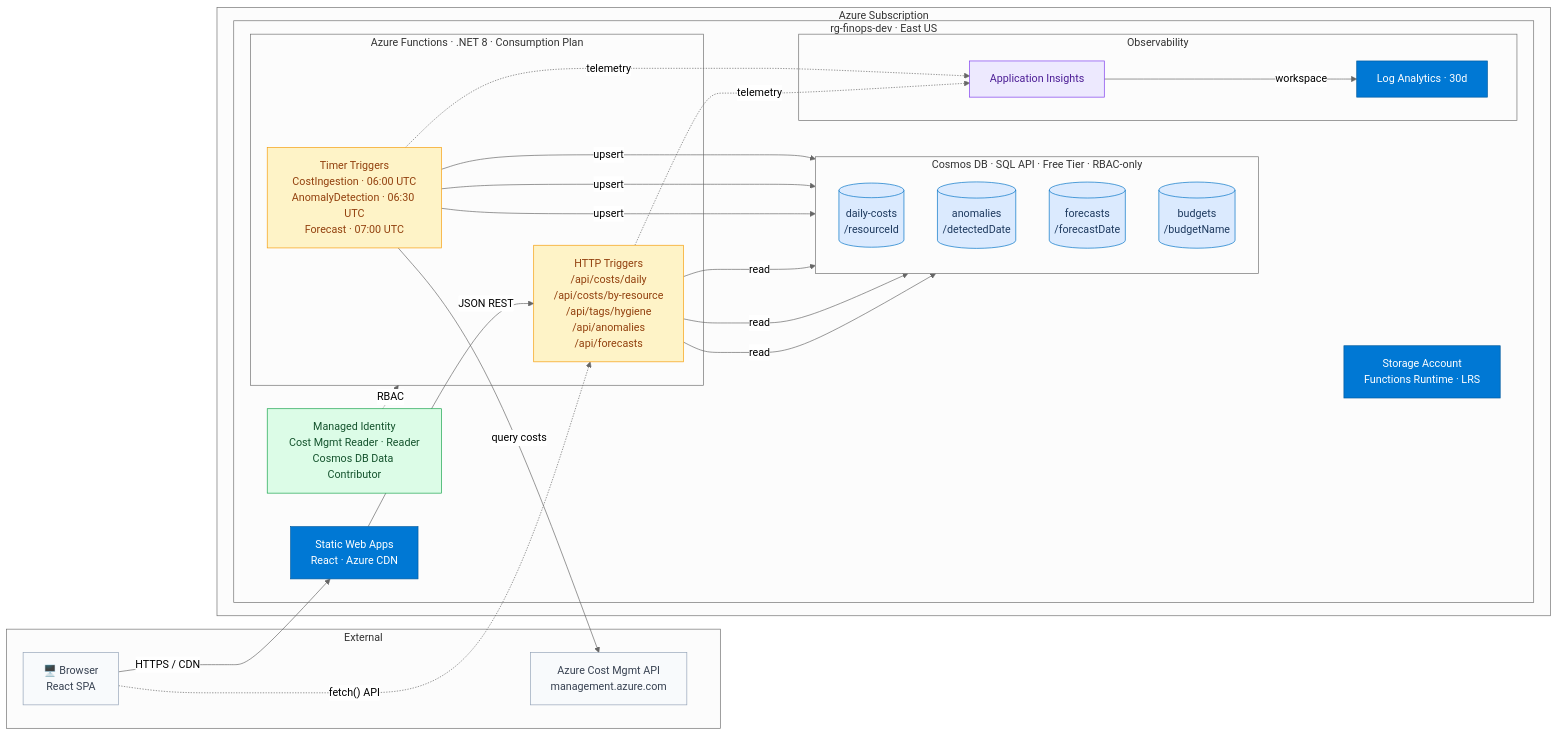
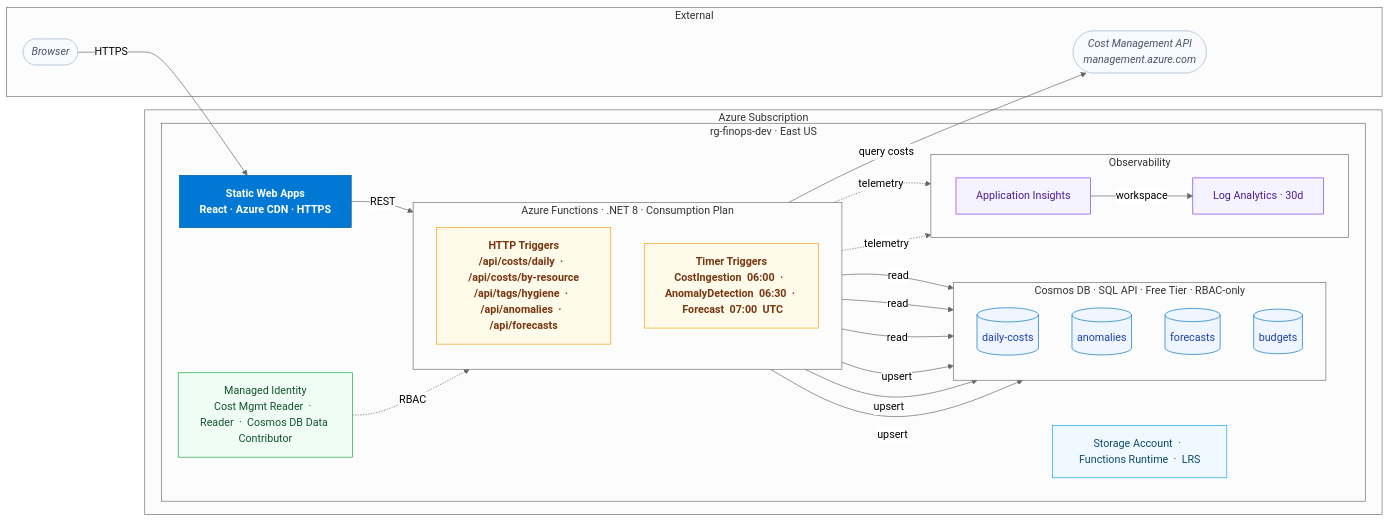
Before and after one commit to jordann6/azure-finops-dashboard: the diagram in README.md, drawn with Mermaid (neutral theme).

Commit message:
Refine Mermaid architecture diagram
- Stadium shapes for external actors (Browser, Cost Mgmt API)
- direction TB inside Functions subgraph — HTTP and Timer stack vertically
- direction LR inside Observability — App Insights flows to Log Analytics
- Remove direct Browser→Functions arrow; all traffic routes through SWA
- Drop partition key detail from Cosmos container labels (too granular)
- Separate classDef per service type; Storage Account gets distinct infra style
- Tighter arrow labels

````diff
--- a/README.md
+++ b/README.md
@@ -7,59 +7,62 @@
 ```mermaid
 flowchart LR
     subgraph EXT["External"]
-        Browser["🖥️ Browser\nReact SPA"]
-        CostAPI["Azure Cost Mgmt API\nmanagement.azure.com"]
+        Browser(["Browser"])
+        CostAPI(["Cost Management API\nmanagement.azure.com"])
     end
 
-    subgraph SUB["Azure Subscription"]
-        subgraph RG["rg-finops-dev · East US"]
-            SWA["Static Web Apps\nReact · Azure CDN"]
+    subgraph AZURE["Azure Subscription"]
+        subgraph RG["rg-finops-dev  ·  East US"]
+            SWA["Static Web Apps\nReact  ·  Azure CDN  ·  HTTPS"]
 
-            subgraph FN["Azure Functions · .NET 8 · Consumption Plan"]
-                HTTP["HTTP Triggers\n/api/costs/daily\n/api/costs/by-resource\n/api/tags/hygiene\n/api/anomalies\n/api/forecasts"]
-                TMR["Timer Triggers\nCostIngestion · 06:00 UTC\nAnomalyDetection · 06:30 UTC\nForecast · 07:00 UTC"]
+            subgraph FN["Azure Functions  ·  .NET 8  ·  Consumption Plan"]
+                direction TB
+                HTTP["HTTP Triggers\n/api/costs/daily  ·  /api/costs/by-resource\n/api/tags/hygiene  ·  /api/anomalies  ·  /api/forecasts"]
+                TMR["Timer Triggers\nCostIngestion  06:00  ·  AnomalyDetection  06:30  ·  Forecast  07:00  UTC"]
             end
 
-            subgraph CDB["Cosmos DB · SQL API · Free Tier · RBAC-only"]
+            subgraph DB["Cosmos DB  ·  SQL API  ·  Free Tier  ·  RBAC-only"]
                 direction TB
-                DC[("daily-costs\n/resourceId")]
-                AN[("anomalies\n/detectedDate")]
-                FC[("forecasts\n/forecastDate")]
-                BG[("budgets\n/budgetName")]
+                DC[("daily-costs")]
+                AN[("anomalies")]
+                FC[("forecasts")]
+                BG[("budgets")]
             end
 
-            MI["Managed Identity\nCost Mgmt Reader · Reader\nCosmos DB Data Contributor"]
+            MI["Managed Identity\nCost Mgmt Reader  ·  Reader  ·  Cosmos DB Data Contributor"]
 
             subgraph OBS["Observability"]
+                direction LR
                 AI["Application Insights"]
-                LA["Log Analytics · 30d"]
+                LA["Log Analytics  ·  30d"]
             end
 
-            ST["Storage Account\nFunctions Runtime · LRS"]
+            ST["Storage Account  ·  Functions Runtime  ·  LRS"]
         end
     end
 
-    Browser -->|"HTTPS / CDN"| SWA
-    Browser -.->|"fetch() API"| HTTP
-    SWA -->|"JSON REST"| HTTP
-    HTTP -->|read| DC & AN & FC
-    TMR -->|"query costs"| CostAPI
-    TMR -->|upsert| DC & AN & FC
-    HTTP & TMR -.->|telemetry| AI
-    AI -->|workspace| LA
-    MI -.->|"RBAC"| FN
+    Browser    -->|"HTTPS"| SWA
+    SWA        -->|"REST"| HTTP
+    HTTP       -->|"read"| DC & AN & FC
+    TMR        -->|"query costs"| CostAPI
+    TMR        -->|"upsert"| DC & AN & FC
+    HTTP & TMR -.->|"telemetry"| AI
+    AI         -->|"workspace"| LA
+    MI         -. "RBAC" .-> FN
 
-    classDef azureBlue fill:#0078D4,stroke:#005A9E,color:#fff
-    classDef fnStyle fill:#FEF3C7,stroke:#F59E0B,color:#92400E
-    classDef cosmosStyle fill:#DBEAFE,stroke:#0072C6,color:#1E3A5F
-    classDef purpleStyle fill:#EDE9FE,stroke:#7C3AED,color:#4C1D95
-    classDef greenStyle fill:#DCFCE7,stroke:#16A34A,color:#14532D
-    classDef extStyle fill:#F8FAFC,stroke:#94A3B8,color:#374151
+    classDef swaStyle   fill:#0078D4,stroke:#005A9E,color:#fff,font-weight:bold
+    classDef fnStyle    fill:#FFFBEB,stroke:#F59E0B,color:#78350F,font-weight:bold
+    classDef dbStyle    fill:#EFF6FF,stroke:#0072C6,color:#1E40AF
+    classDef obsStyle   fill:#F5F3FF,stroke:#7C3AED,color:#4C1D95
+    classDef idStyle    fill:#F0FDF4,stroke:#16A34A,color:#14532D
+    classDef extStyle   fill:#F8FAFC,stroke:#CBD5E1,color:#475569,font-style:italic
+    classDef infraStyle fill:#F0F9FF,stroke:#0EA5E9,color:#0C4A6E
 
-    class SWA,LA,ST azureBlue
+    class SWA swaStyle
     class HTTP,TMR fnStyle
-    class DC,AN,FC,BG cosmosStyle
-    class AI purpleStyle
-    class MI greenStyle
+    class DC,AN,FC,BG dbStyle
+    class AI,LA obsStyle
+    class MI idStyle
     class Browser,CostAPI extStyle
+    class ST infraStyle
 ```
````
